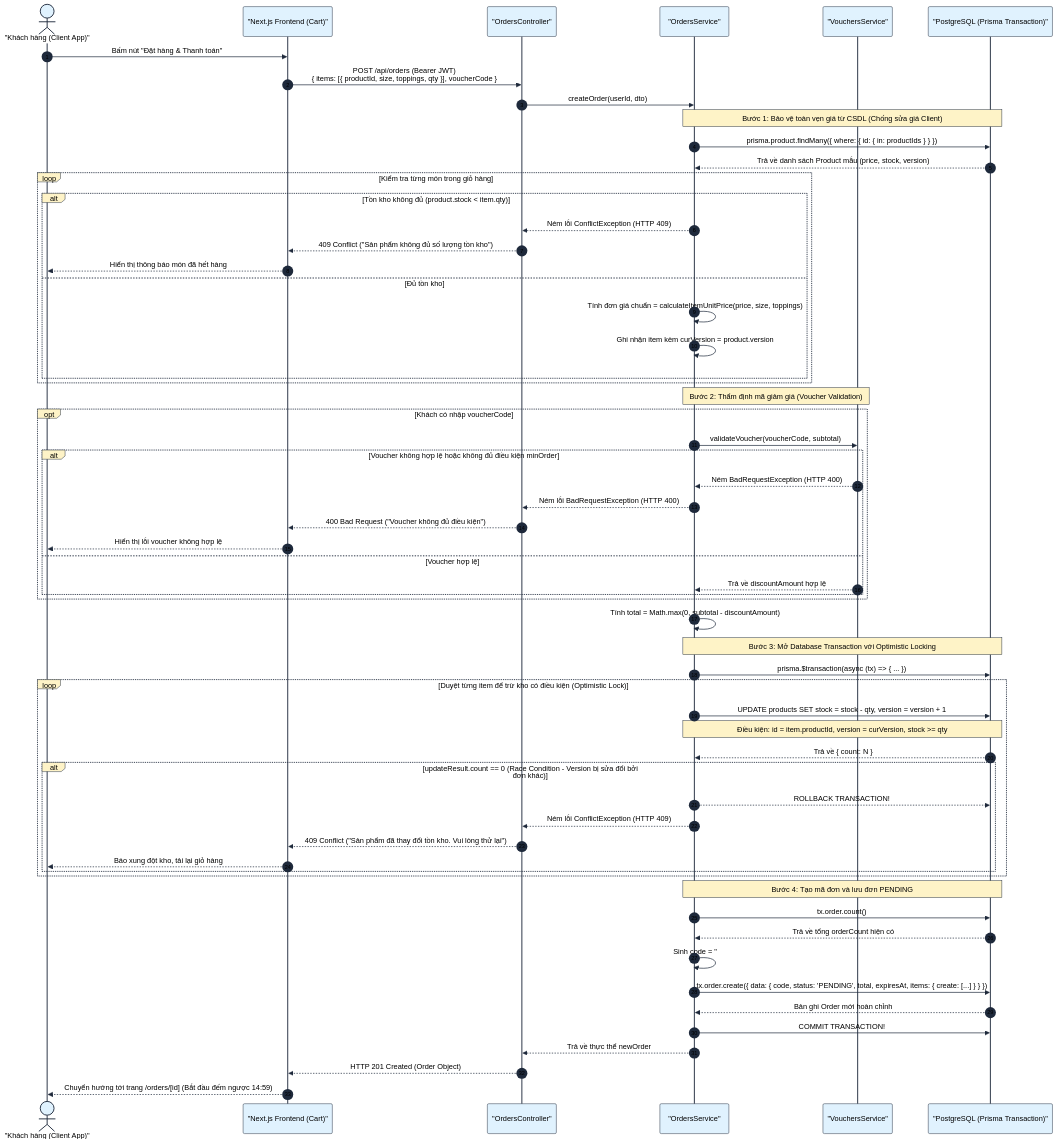
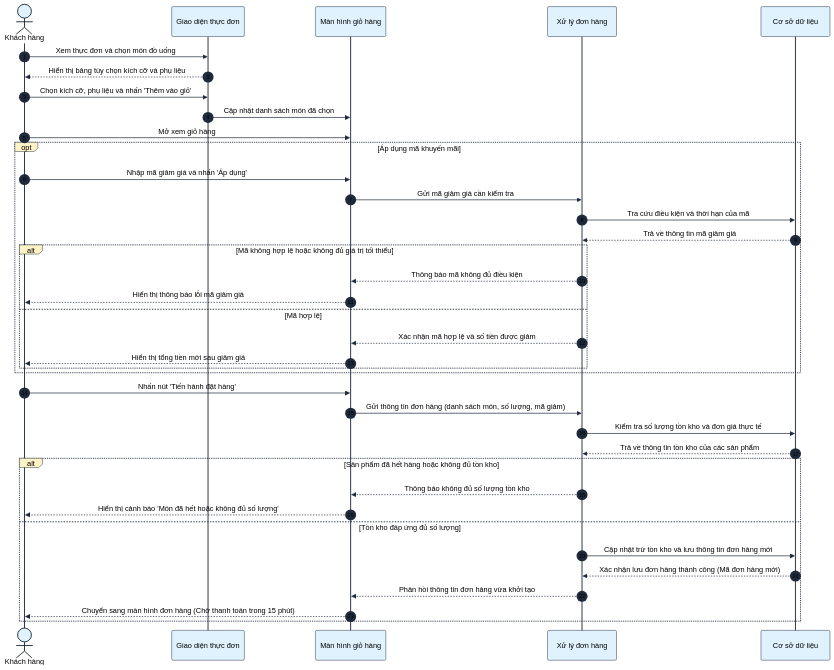
Before and after one commit to ThuanTran260/CNPM-BrewLite: the tenth of 13 diagrams in docs/SYSTEM_ARCHITECTURE_DIAGRAMS.md, drawn with Mermaid. The commit also changed other lines of this file and 25 other files, not shown here.

First line of the commit message:
docs(diagrams): chuan hoa so do hoc thuat tieng Viet va bo sung sequence diagram

````diff
--- a/docs/SYSTEM_ARCHITECTURE_DIAGRAMS.md
+++ b/docs/SYSTEM_ARCHITECTURE_DIAGRAMS.md
@@ -945,72 +1033,46 @@
 }}%%
 sequenceDiagram
     autonumber
-    actor Customer as "Khách hàng (Client App)"
-    participant FE as "Next.js Frontend (Cart)"
-    participant Controller as "OrdersController"
-    participant OrdersSvc as "OrdersService"
-    participant VouchersSvc as "VouchersService"
-    participant DB as "PostgreSQL (Prisma Transaction)"
+    actor KhachHang as Khách hàng
+    participant TrangMenu as Giao diện thực đơn
+    participant FormGioHang as Màn hình giỏ hàng
+    participant XuLyDonHang as Xử lý đơn hàng
+    participant CSDL as Cơ sở dữ liệu
 
-    Customer->>FE: Bấm nút "Đặt hàng & Thanh toán"
-    FE->>Controller: POST /api/orders (Bearer JWT)<br>{ items: [{ productId, size, toppings, qty }], voucherCode }
-    Controller->>OrdersSvc: createOrder(userId, dto)
+    KhachHang->>TrangMenu: Xem thực đơn và chọn món đồ uống
+    TrangMenu-->>KhachHang: Hiển thị bảng tùy chọn kích cỡ và phụ liệu
+    KhachHang->>TrangMenu: Chọn kích cỡ, phụ liệu và nhấn 'Thêm vào giỏ'
+    TrangMenu->>FormGioHang: Cập nhật danh sách món đã chọn
 
-    Note over OrdersSvc,DB: Bước 1: Bảo vệ toàn vẹn giá từ CSDL (Chống sửa giá Client)
-    OrdersSvc->>DB: prisma.product.findMany({ where: { id: { in: productIds } } })
-    DB-->>OrdersSvc: Trả về danh sách Product mẫu (price, stock, version)
+    KhachHang->>FormGioHang: Mở xem giỏ hàng
 
-    loop Kiểm tra từng món trong giỏ hàng
-        alt Tồn kho không đủ (product.stock < item.qty)
-            OrdersSvc-->>Controller: Ném lỗi ConflictException (HTTP 409)
-            Controller-->>FE: 409 Conflict ("Sản phẩm không đủ số lượng tồn kho")
-            FE-->>Customer: Hiển thị thông báo món đã hết hàng
-        else Đủ tồn kho
-            OrdersSvc->>OrdersSvc: Tính đơn giá chuẩn = calculateItemUnitPrice(price, size, toppings)
-            OrdersSvc->>OrdersSvc: Ghi nhận item kèm curVersion = product.version
+    opt Áp dụng mã khuyến mãi
+        KhachHang->>FormGioHang: Nhập mã giảm giá và nhấn 'Áp dụng'
+        FormGioHang->>XuLyDonHang: Gửi mã giảm giá cần kiểm tra
+        XuLyDonHang->>CSDL: Tra cứu điều kiện và thời hạn của mã
+        CSDL-->>XuLyDonHang: Trả về thông tin mã giảm giá
+        alt Mã không hợp lệ hoặc không đủ giá trị tối thiểu
+            XuLyDonHang-->>FormGioHang: Thông báo mã không đủ điều kiện
+            FormGioHang-->>KhachHang: Hiển thị thông báo lỗi mã giảm giá
+        else Mã hợp lệ
+            XuLyDonHang-->>FormGioHang: Xác nhận mã hợp lệ và số tiền được giảm
+            FormGioHang-->>KhachHang: Hiển thị tổng tiền mới sau giảm giá
         end
     end
 
-    Note over OrdersSvc,VouchersSvc: Bước 2: Thẩm định mã giảm giá (Voucher Validation)
-    opt Khách có nhập voucherCode
-        OrdersSvc->>VouchersSvc: validateVoucher(voucherCode, subtotal)
-        alt Voucher không hợp lệ hoặc không đủ điều kiện minOrder
-            VouchersSvc-->>OrdersSvc: Ném BadRequestException (HTTP 400)
-            OrdersSvc-->>Controller: Ném lỗi BadRequestException (HTTP 400)
-            Controller-->>FE: 400 Bad Request ("Voucher không đủ điều kiện")
-            FE-->>Customer: Hiển thị lỗi voucher không hợp lệ
-        else Voucher hợp lệ
-            VouchersSvc-->>OrdersSvc: Trả về discountAmount hợp lệ
-        end
+    KhachHang->>FormGioHang: Nhấn nút 'Tiến hành đặt hàng'
+    FormGioHang->>XuLyDonHang: Gửi thông tin đơn hàng (danh sách món, số lượng, mã giảm)
+    
+    XuLyDonHang->>CSDL: Kiểm tra số lượng tồn kho và đơn giá thực tế
+    CSDL-->>XuLyDonHang: Trả về thông tin tồn kho của các sản phẩm
+
+    alt Sản phẩm đã hết hàng hoặc không đủ tồn kho
+        XuLyDonHang-->>FormGioHang: Thông báo không đủ số lượng tồn kho
+        FormGioHang-->>KhachHang: Hiển thị cảnh báo 'Món đã hết hoặc không đủ số lượng'
+    else Tồn kho đáp ứng đủ số lượng
+        XuLyDonHang->>CSDL: Cập nhật trừ tồn kho và lưu thông tin đơn hàng mới
+        CSDL-->>XuLyDonHang: Xác nhận lưu đơn hàng thành công (Mã đơn hàng mới)
+        XuLyDonHang-->>FormGioHang: Phản hồi thông tin đơn hàng vừa khởi tạo
+        FormGioHang-->>KhachHang: Chuyển sang màn hình đơn hàng (Chờ thanh toán trong 15 phút)
     end
-
-    OrdersSvc->>OrdersSvc: Tính total = Math.max(0, subtotal - discountAmount)
-
-    Note over OrdersSvc,DB: Bước 3: Mở Database Transaction với Optimistic Locking
-    OrdersSvc->>DB: prisma.$transaction(async (tx) => { ... })
-    
-    loop Duyệt từng item để trừ kho có điều kiện (Optimistic Lock)
-        OrdersSvc->>DB: UPDATE products SET stock = stock - qty, version = version + 1
-        Note over OrdersSvc,DB: Điều kiện: id = item.productId, version = curVersion, stock >= qty
-        DB-->>OrdersSvc: Trả về { count: N }
-
-        alt updateResult.count == 0 (Race Condition - Version bị sửa đổi bởi đơn khác)
-            OrdersSvc-->>DB: ROLLBACK TRANSACTION!
-            OrdersSvc-->>Controller: Ném lỗi ConflictException (HTTP 409)
-            Controller-->>FE: 409 Conflict ("Sản phẩm đã thay đổi tồn kho. Vui lòng thử lại")
-            FE-->>Customer: Báo xung đột kho, tải lại giỏ hàng
-        end
-    end
-
-    Note over OrdersSvc,DB: Bước 4: Tạo mã đơn và lưu đơn PENDING
-    OrdersSvc->>DB: tx.order.count()
-    DB-->>OrdersSvc: Trả về tổng orderCount hiện có
-    OrdersSvc->>OrdersSvc: Sinh code = "#" + (1001 + orderCount)<br>Thiết lập expiresAt = now() + 15 phút
-    OrdersSvc->>DB: tx.order.create({ data: { code, status: 'PENDING', total, expiresAt, items: { create: [...] } } })
-    DB-->>OrdersSvc: Bản ghi Order mới hoàn chỉnh
-    OrdersSvc->>DB: COMMIT TRANSACTION!
-
-    OrdersSvc-->>Controller: Trả về thực thể newOrder
-    Controller-->>FE: HTTP 201 Created (Order Object)
-    FE-->>Customer: Chuyển hướng tới trang /orders/[id] (Bắt đầu đếm ngược 14:59)
 ```
````
